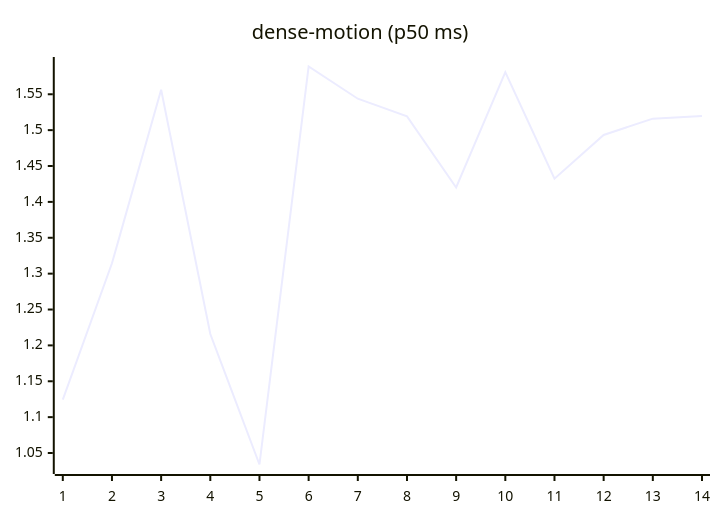
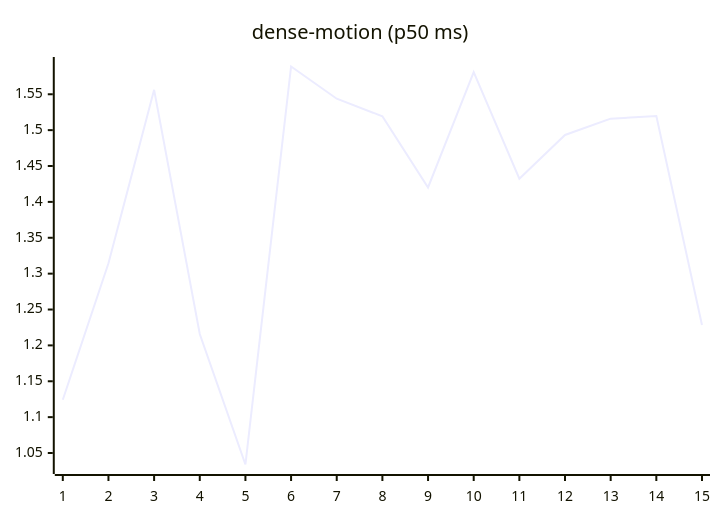
One commit to josha/Facet changed the ninth of 27 diagrams in README.md. Above: the diagram before and after it, drawn with Mermaid. The commit also changed other lines of this file and 2 other files, not shown here.

````diff
--- a/README.md
+++ b/README.md
@@ -119,6 +119,6 @@
 ```mermaid
 xychart-beta
     title "dense-motion (p50 ms)"
-    x-axis 1 --> 14
-    line [1.1243, 1.3144, 1.5562, 1.2159, 1.0340, 1.5887, 1.5438, 1.5193, 1.4201, 1.5809, 1.4323, 1.4933, 1.5160, 1.5198]
+    x-axis 1 --> 15
+    line [1.1243, 1.3144, 1.5562, 1.2159, 1.0340, 1.5887, 1.5438, 1.5193, 1.4201, 1.5809, 1.4323, 1.4933, 1.5160, 1.5198, 1.2285]
 ```
````
